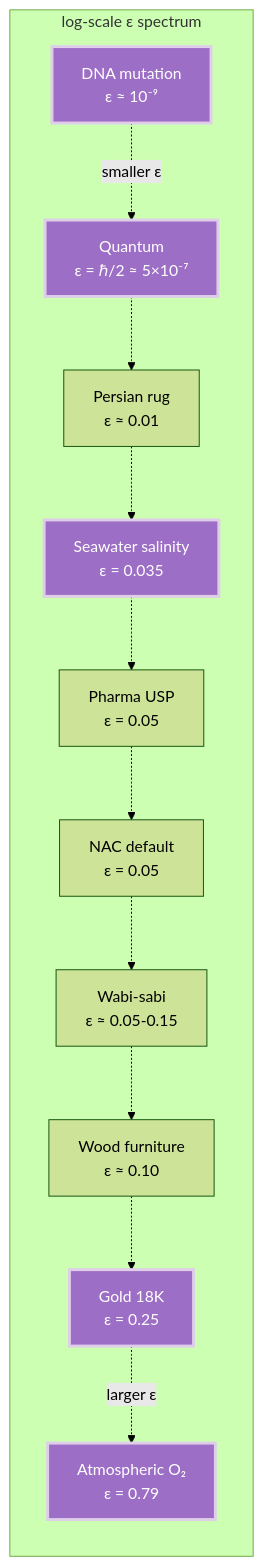
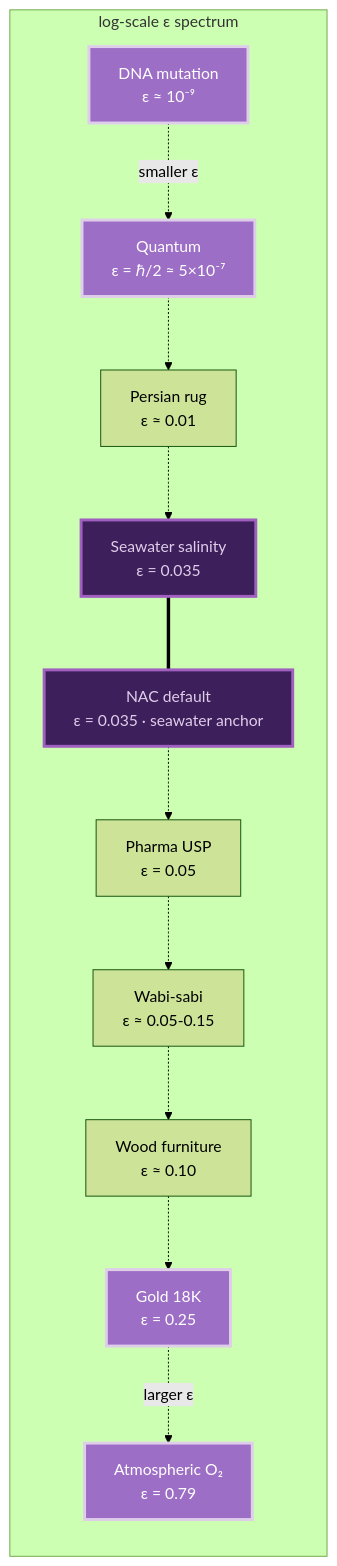
One commit to LostMaxi/nac-architecture-calculus changed the fifth of 9 diagrams in visuals.md. Above: the diagram before and after it, drawn with Mermaid (forest theme). The commit also changed 2 other files, not shown here.

First paragraph of the commit message:
refactor: NAC default ε = 0.035 (seawater anchor) · remove internal references
Public-facing GitHub now uniformly anchors NAC default ε to seawater
empirical 96.5% / 3.5% (NOAA / NASA / USGS · billions-of-years stability),
replacing all literal/internal openness margin references.

````diff
--- a/visuals.md
+++ b/visuals.md
@@ -152,28 +152,30 @@
 ```mermaid
 graph LR
     subgraph "log-scale ε spectrum"
         Q[Quantum<br/>ε = ℏ/2 ≈ 5×10⁻⁷]
         DNA[DNA mutation<br/>ε ≈ 10⁻⁹]
         Persian[Persian rug<br/>ε ≈ 0.01]
         Drug[Pharma USP<br/>ε = 0.05]
-        NAC_def[NAC default<br/>ε = 0.05]
+        NAC_def[NAC default<br/>ε = 0.035 · seawater anchor]
         Sea[Seawater salinity<br/>ε = 0.035]
         Wabi[Wabi-sabi<br/>ε ≈ 0.05-0.15]
         Wood[Wood furniture<br/>ε ≈ 0.10]
         Gold[Gold 18K<br/>ε = 0.25]
         O2[Atmospheric O₂<br/>ε = 0.79]
     end
 
     DNA -.smaller ε.-> Q
     Q -.-> Persian
     Persian -.-> Sea
-    Sea -.-> Drug
-    Drug -.-> NAC_def
-    NAC_def -.-> Wabi
+    Sea === NAC_def
+    NAC_def -.-> Drug
+    Drug -.-> Wabi
     Wabi -.-> Wood
     Wood -.-> Gold
     Gold -.larger ε.-> O2
 
     classDef verified fill:#9d6ec5,stroke:#dfceea,stroke-width:3px,color:#ffffff
-    class Sea,O2,Gold,DNA,Q verified
+    classDef anchor fill:#3d1f5c,stroke:#a060c0,stroke-width:3px,color:#dfceea
+    class O2,Gold,DNA,Q verified
+    class Sea,NAC_def anchor
 ```
````
